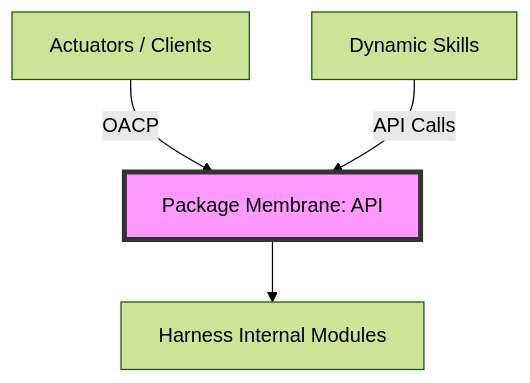
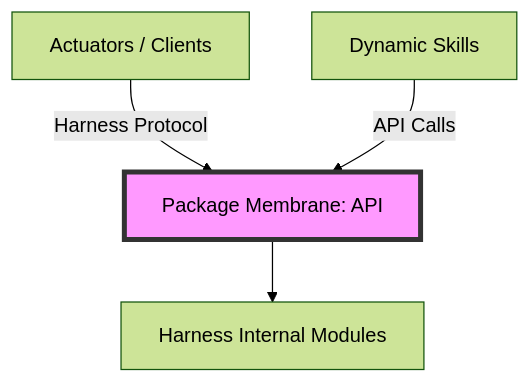
Before and after one commit to amrgharbeia/opencortex: the diagram in literate/package.org, drawn with Mermaid (forest theme). The commit also changed 2 other files, not shown here.

Commit message:
ALIGN: Updated boot loader to look for org-skill-policy

```diff
--- a/literate/package.org
+++ b/literate/package.org
@@ -12,7 +12,7 @@
 #+begin_src mermaid
 flowchart TD
-    External[Actuators / Clients] -- OACP --> Package[Package Membrane: API]
+    External[Actuators / Clients] -- Harness Protocol --> Package[Package Membrane: API]
     Skills[Dynamic Skills] -- API Calls --> Package
     Package --> Internal[Harness Internal Modules]
     style Package fill:#f9f,stroke:#333,stroke-width:4px
 #+end_src
```
